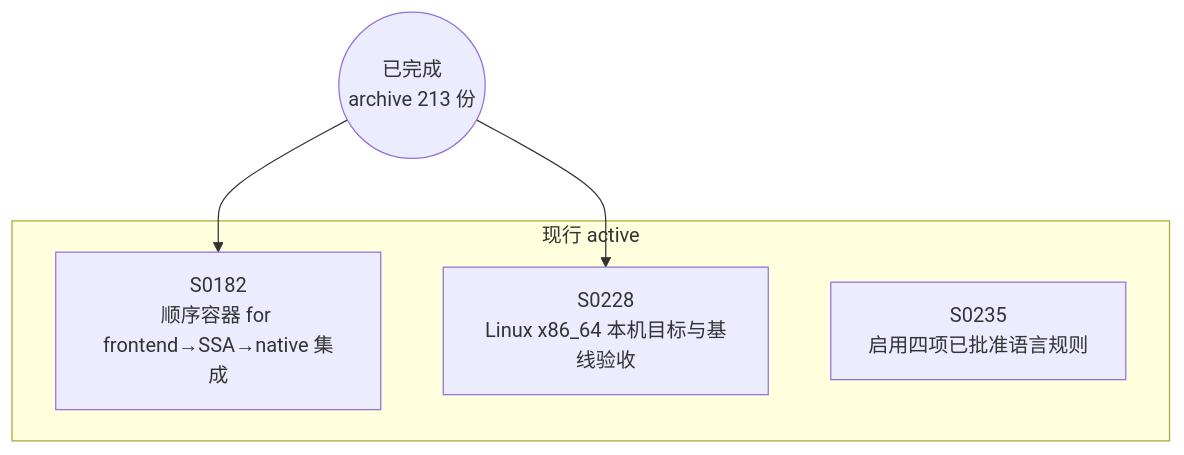
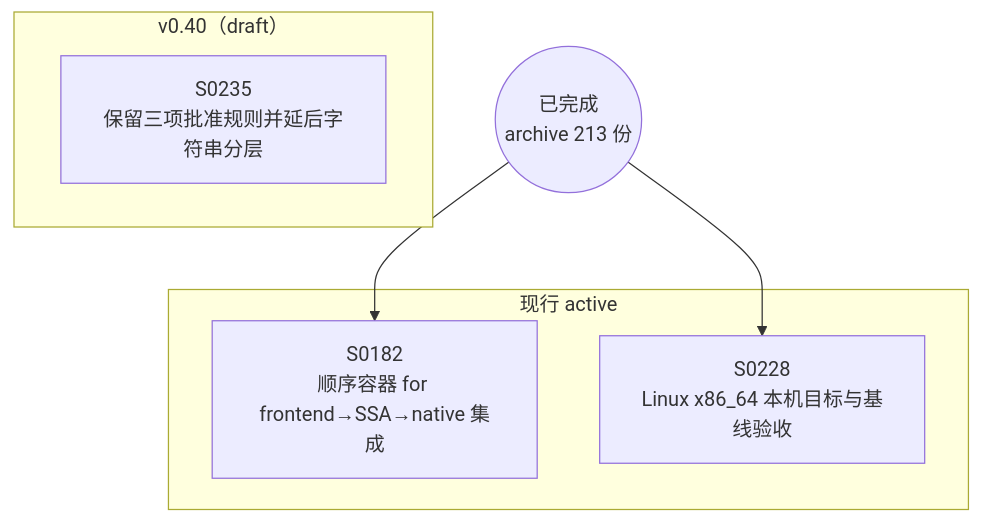
The diagram in docs/specs/dependency-graph.md (Halckon/Koven), drawn with Mermaid before and after one commit. The commit also changed other lines of this file and 26 other files, not shown here.

````diff
--- a/docs/specs/dependency-graph.md
+++ b/docs/specs/dependency-graph.md
@@ -9,11 +9,13 @@
 ```mermaid
 flowchart TD
 ARCH(("已完成<br/>archive 213 份"))
 subgraph Gactive["现行 active"]
   S0182["S0182<br/>顺序容器 for frontend→SSA→native 集成"]
   S0228["S0228<br/>Linux x86_64 本机目标与基线验收"]
-  S0235["S0235<br/>启用四项已批准语言规则"]
+end
+subgraph Gdrafts_v040["v0.40（draft）"]
+  S0235["S0235<br/>保留三项批准规则并延后字符串分层"]
 end
 ARCH --> S0182
 ARCH --> S0228
 ```
````
